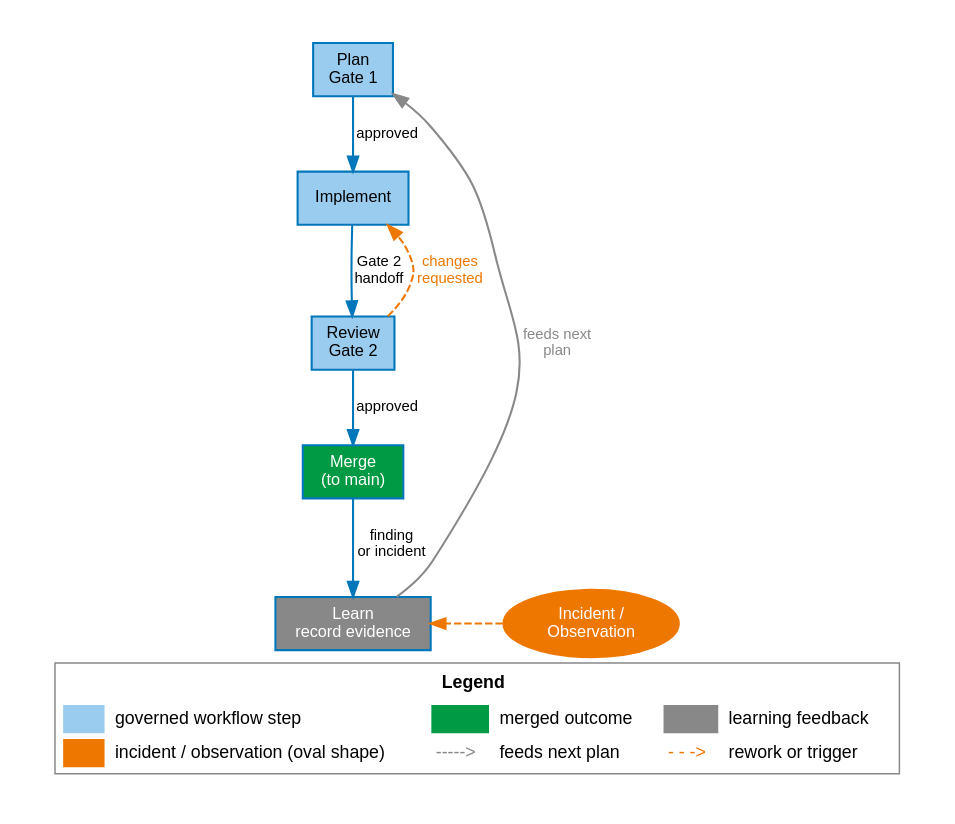
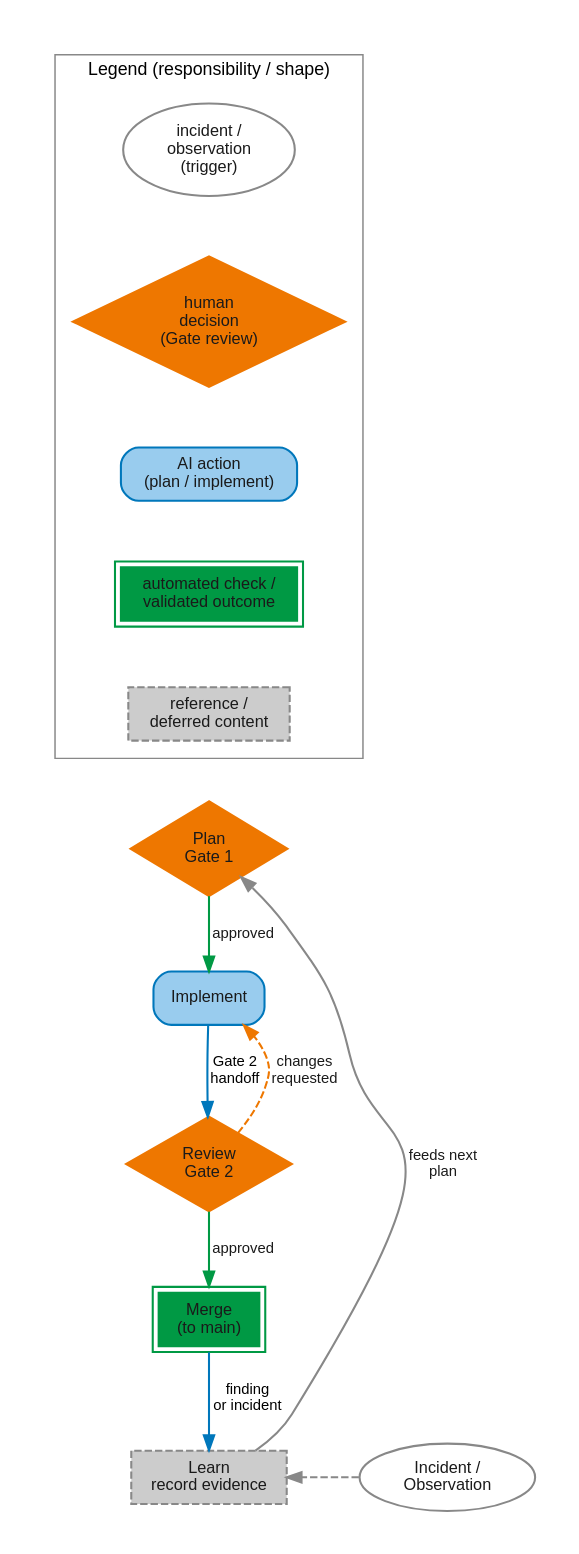
The diagram in agf/docs/figures/src/governance-loop.dot (janipaijanen/agf-mirror), drawn with Graphviz before and after one commit. The commit also changed 2 other files, not shown here.

```diff
--- a/agf/docs/figures/src/governance-loop.dot
+++ b/agf/docs/figures/src/governance-loop.dot
@@ -1,45 +1,89 @@
 // SPDX-License-Identifier: CC-BY-SA-4.0
 // agents-govern: self-applied governance loop
 // Generate: dot -Tsvg governance-loop.dot -o ../governance-loop.svg
+//
+// Semantic responsibility palette: agf/docs/site/reference/palette.md
+// ("Semantic responsibility palette" section). Same contract and shape
+// key as gate-pipeline.dot: fill colour encodes who is responsible for a
+// node (Human decision / AI action / Automated check-validated outcome /
+// Reference-deferred content); shape is a second, colour-independent
+// signal for the same category. This conversion also resolves the
+// cross-figure "one colour, incompatible meanings" defect the visual-
+// semantics audit flagged: amber previously meant both "changes
+// requested" (an edge) and "incident/observation" (a node) in this
+// figure alone; amber is now reserved exclusively for Human decision
+// (the Plan/Gate 1 and Review/Gate 2 nodes), matching gate-pipeline.
+// "Incident / Observation" becomes a neutral start-type ellipse, the
+// same treatment gate-pipeline gives its own "Idea / Request" node --
+// neither is one of the five responsibility categories, both are the
+// loop's external trigger. The prior "(oval shape)" legend-text defect
+// is fixed the same way gate-pipeline's was: the shape key renders real
+// shapes, not words.
 digraph governance_loop {
     graph [rankdir=TB, splines=spline, pad=0.3, nodesep=0.35, ranksep=0.55,
-           bgcolor=white, fontname="Helvetica", fontsize=12, labelloc=b, label=<
-        <TABLE BORDER="1" CELLBORDER="0" CELLSPACING="4" CELLPADDING="3" COLOR="#888888" BGCOLOR="white">
-            <TR><TD COLSPAN="6"><B>Legend</B></TD></TR>
-            <TR>
-                <TD BGCOLOR="#99CCEE" WIDTH="28"></TD><TD ALIGN="LEFT">governed workflow step</TD>
-                <TD BGCOLOR="#009944" WIDTH="28"></TD><TD ALIGN="LEFT">merged outcome</TD>
-                <TD BGCOLOR="#888888" WIDTH="28"></TD><TD ALIGN="LEFT">learning feedback</TD>
-            </TR>
-            <TR>
-                <TD BGCOLOR="#EE7700" WIDTH="28"></TD><TD ALIGN="LEFT">incident / observation (oval shape)</TD>
-                <TD><FONT COLOR="#888888">-----&gt;</FONT></TD><TD ALIGN="LEFT">feeds next plan</TD>
-                <TD><FONT COLOR="#EE7700">- - -&gt;</FONT></TD><TD ALIGN="LEFT">rework or trigger</TD>
-            </TR>
-        </TABLE>
-    >]
+           bgcolor=white, fontname="Helvetica", fontsize=12]
     node  [fontname="Helvetica", fontsize=11, style=filled, shape=box,
            fillcolor="#99CCEE", color="#0077BB", penwidth=1.4]
     edge  [fontname="Helvetica", fontsize=10, color="#0077BB", penwidth=1.4]
 
-    plan     [label="Plan\nGate 1", fillcolor="#99CCEE"]
-    implement [label="Implement"]
-    review   [label="Review\nGate 2", fillcolor="#99CCEE"]
-    merge    [label="Merge\n(to main)", fillcolor="#009944", fontcolor=white]
-    learn    [label="Learn\nrecord evidence", fillcolor="#888888", fontcolor=white]
-    incident [label="Incident /\nObservation", shape=ellipse, fillcolor="#EE7700",
-              fontcolor=white, color="#EE7700"]
+    // Shape key: identical treatment to gate-pipeline.dot's shape key --
+    // real shapes, self-labeled, matching every node treatment this
+    // figure actually uses.
+    subgraph cluster_shapekey {
+        label = "Legend (responsibility / shape)"
+        fontname = "Helvetica"
+        fontsize = 12
+        color = "#888888"
+        margin = 12
 
-    plan     -> implement [label="approved"]
+        sk_oval      [label="incident /\nobservation\n(trigger)", shape=ellipse,
+                      fillcolor=white, color="#888888", fontcolor="#1A1A1A"]
+        sk_diamond   [label="human\ndecision\n(Gate review)", shape=diamond,
+                      fillcolor="#EE7700", color="#EE7700", fontcolor="#1A1A1A"]
+        sk_ai        [label="AI action\n(plan / implement)",
+                      style="filled,rounded", fillcolor="#99CCEE",
+                      color="#0077BB", fontcolor="#1A1A1A"]
+        sk_automated [label="automated check /\nvalidated outcome",
+                      style="filled,bold", peripheries=2, fillcolor="#009944",
+                      color="#009944", fontcolor="#1A1A1A"]
+        sk_reference [label="reference /\ndeferred content",
+                      style="filled,dashed", fillcolor="#CCCCCC",
+                      color="#888888", fontcolor="#1A1A1A"]
+
+        sk_oval -> sk_diamond -> sk_ai -> sk_automated -> sk_reference
+            [style=invis]
+    }
+
+    // ── Loop ─────────────────────────────────────────────────────────────
+    plan      [label="Plan\nGate 1", shape=diamond, fillcolor="#EE7700",
+               color="#EE7700", fontcolor="#1A1A1A"]
+    implement [label="Implement", style="filled,rounded",
+               fillcolor="#99CCEE", color="#0077BB", fontcolor="#1A1A1A"]
+    review    [label="Review\nGate 2", shape=diamond, fillcolor="#EE7700",
+               color="#EE7700", fontcolor="#1A1A1A"]
+    merge     [label="Merge\n(to main)", style="filled,bold", peripheries=2,
+               fillcolor="#009944", color="#009944", fontcolor="#1A1A1A"]
+    learn     [label="Learn\nrecord evidence", style="filled,dashed",
+               fillcolor="#CCCCCC", color="#888888", fontcolor="#1A1A1A"]
+    incident  [label="Incident /\nObservation", shape=ellipse, fillcolor=white,
+               color="#888888", fontcolor="#1A1A1A"]
+
+    // Stack the shape key above the loop (single narrow column), same
+    // technique as gate-pipeline.dot.
+    sk_reference -> plan [style=invis]
+
+    plan     -> implement [label="approved", color="#009944",
+                           fontcolor="#1A1A1A"]
     implement -> review   [label="Gate 2\nhandoff"]
-    review   -> merge     [label="approved"]
+    review   -> merge     [label="approved", color="#009944",
+                           fontcolor="#1A1A1A"]
     review   -> implement [label="changes\nrequested", style=dashed,
-                           color="#EE7700", fontcolor="#EE7700",
+                           color="#EE7700", fontcolor="#1A1A1A",
                            constraint=false]
     merge    -> learn     [label="finding\nor incident"]
-    incident -> learn     [style=dashed, color="#EE7700", constraint=false]
+    incident -> learn     [style=dashed, color="#888888", constraint=false]
     learn    -> plan      [label="feeds next\nplan", color="#888888",
-                           fontcolor="#888888", constraint=false]
+                           fontcolor="#1A1A1A", constraint=false]
 
     { rank=same; incident; learn }
 }
```
